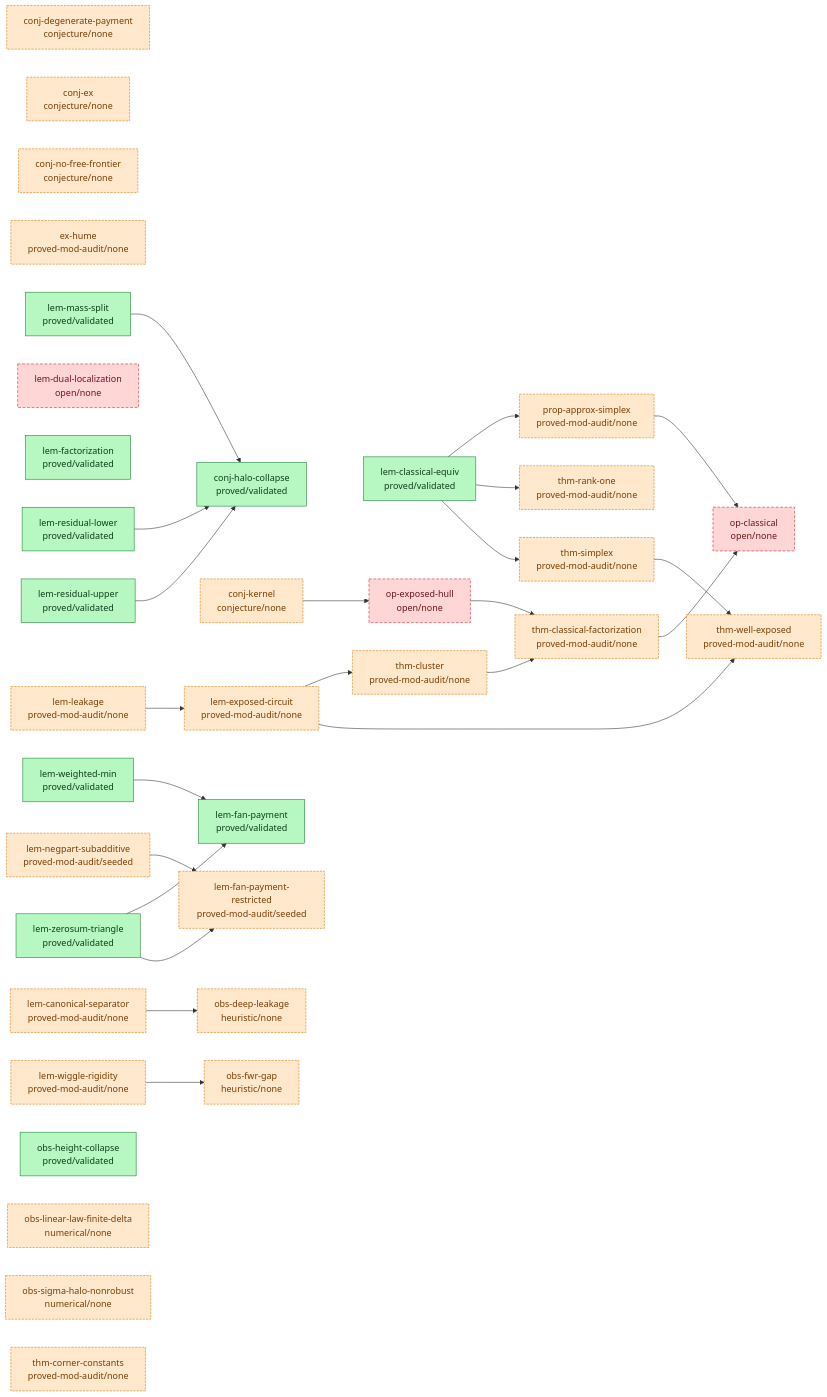
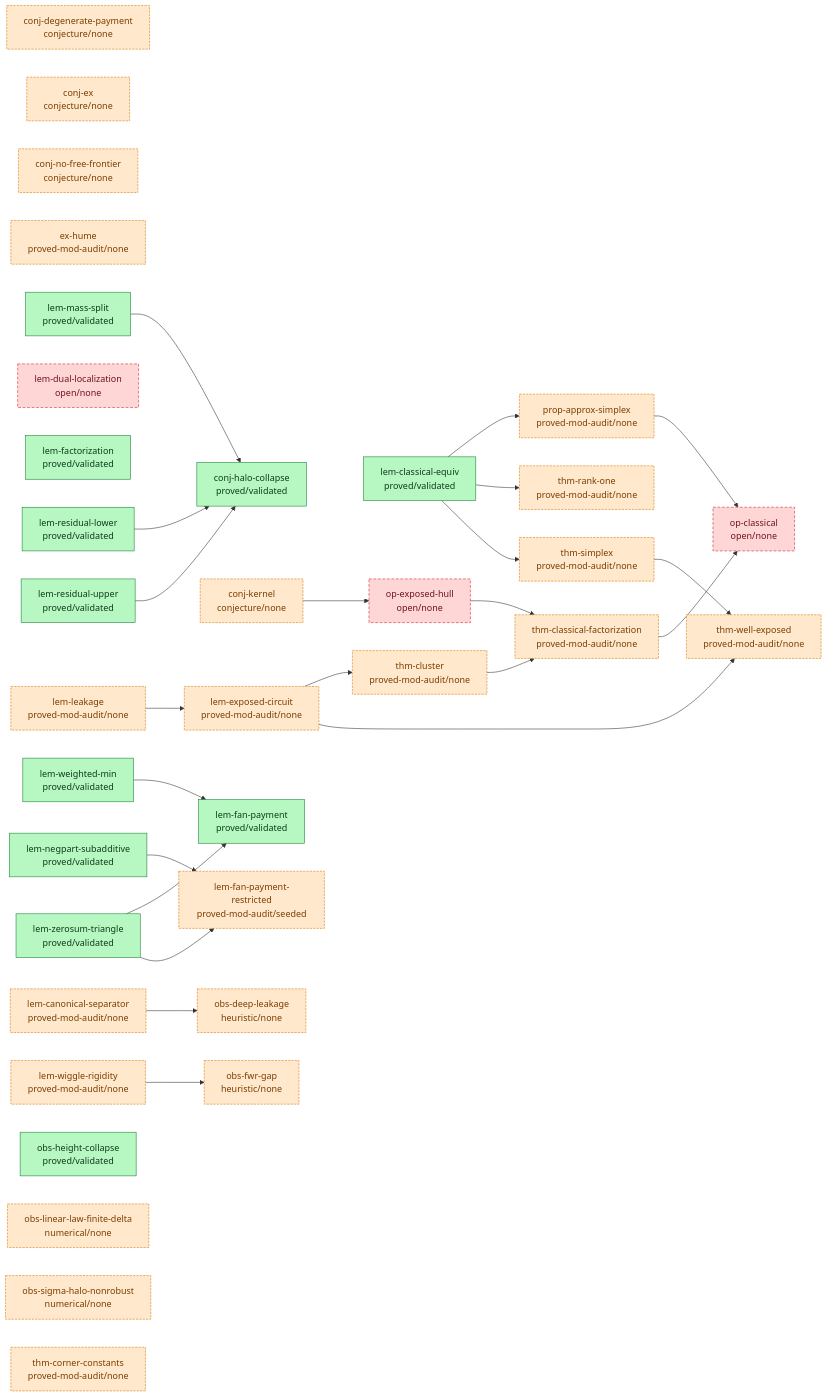
Before and after one commit to tobiasosborne/almost-idempotent-stochastic-maps: the diagram in argument/DAG.md, drawn with Mermaid. The commit also changed 96 other files, not shown here.

First line of the commit message:
Bank lem-negpart-subadditive: af-validated (11th rigorous result; DRF dep)

````diff
--- a/argument/DAG.md
+++ b/argument/DAG.md
@@ -6,69 +6,69 @@
 ```mermaid
 graph LR
   classDef validated fill:#b7f7c2,stroke:#1a7f37,color:#0b3d18;
   classDef proved fill:#cfe3ff,stroke:#0969da,color:#0a3069;
   classDef seeded fill:#fff3c4,stroke:#bf8700,color:#5a4500;
   classDef stated fill:#eaecef,stroke:#8b949e,color:#24292f;
   classDef cited fill:#e7d6ff,stroke:#8250df,color:#3b1a73;
   classDef nonrigorous fill:#ffe8cc,stroke:#d97706,color:#7a3d00,stroke-dasharray:4 2;
   classDef open fill:#ffd6d6,stroke:#cf222e,color:#6e1119,stroke-dasharray:5 3;
   conj-degenerate-payment["conj-degenerate-payment<br/>conjecture/none"]
   conj-ex["conj-ex<br/>conjecture/none"]
   conj-halo-collapse["conj-halo-collapse<br/>proved/validated"]
   conj-kernel["conj-kernel<br/>conjecture/none"]
   conj-no-free-frontier["conj-no-free-frontier<br/>conjecture/none"]
   ex-hume["ex-hume<br/>proved-mod-audit/none"]
   lem-canonical-separator["lem-canonical-separator<br/>proved-mod-audit/none"]
   lem-classical-equiv["lem-classical-equiv<br/>proved/validated"]
   lem-dual-localization["lem-dual-localization<br/>open/none"]
   lem-exposed-circuit["lem-exposed-circuit<br/>proved-mod-audit/none"]
   lem-factorization["lem-factorization<br/>proved/validated"]
   lem-fan-payment["lem-fan-payment<br/>proved/validated"]
   lem-fan-payment-restricted["lem-fan-payment-restricted<br/>proved-mod-audit/seeded"]
   lem-leakage["lem-leakage<br/>proved-mod-audit/none"]
   lem-mass-split["lem-mass-split<br/>proved/validated"]
-  lem-negpart-subadditive["lem-negpart-subadditive<br/>proved-mod-audit/seeded"]
+  lem-negpart-subadditive["lem-negpart-subadditive<br/>proved/validated"]
   lem-residual-lower["lem-residual-lower<br/>proved/validated"]
   lem-residual-upper["lem-residual-upper<br/>proved/validated"]
   lem-weighted-min["lem-weighted-min<br/>proved/validated"]
   lem-wiggle-rigidity["lem-wiggle-rigidity<br/>proved-mod-audit/none"]
   lem-zerosum-triangle["lem-zerosum-triangle<br/>proved/validated"]
   obs-deep-leakage["obs-deep-leakage<br/>heuristic/none"]
   obs-fwr-gap["obs-fwr-gap<br/>heuristic/none"]
   obs-height-collapse["obs-height-collapse<br/>proved/validated"]
   obs-linear-law-finite-delta["obs-linear-law-finite-delta<br/>numerical/none"]
   obs-sigma-halo-nonrobust["obs-sigma-halo-nonrobust<br/>numerical/none"]
   op-classical["op-classical<br/>open/none"]
   op-exposed-hull["op-exposed-hull<br/>open/none"]
   prop-approx-simplex["prop-approx-simplex<br/>proved-mod-audit/none"]
   thm-classical-factorization["thm-classical-factorization<br/>proved-mod-audit/none"]
   thm-cluster["thm-cluster<br/>proved-mod-audit/none"]
   thm-corner-constants["thm-corner-constants<br/>proved-mod-audit/none"]
   thm-rank-one["thm-rank-one<br/>proved-mod-audit/none"]
   thm-simplex["thm-simplex<br/>proved-mod-audit/none"]
   thm-well-exposed["thm-well-exposed<br/>proved-mod-audit/none"]
   conj-kernel --> op-exposed-hull
   lem-canonical-separator --> obs-deep-leakage
   lem-classical-equiv --> prop-approx-simplex
   lem-classical-equiv --> thm-rank-one
   lem-classical-equiv --> thm-simplex
   lem-exposed-circuit --> thm-cluster
   lem-exposed-circuit --> thm-well-exposed
   lem-leakage --> lem-exposed-circuit
   lem-mass-split --> conj-halo-collapse
   lem-negpart-subadditive --> lem-fan-payment-restricted
   lem-residual-lower --> conj-halo-collapse
   lem-residual-upper --> conj-halo-collapse
   lem-weighted-min --> lem-fan-payment
   lem-wiggle-rigidity --> obs-fwr-gap
   lem-zerosum-triangle --> lem-fan-payment
   lem-zerosum-triangle --> lem-fan-payment-restricted
   op-exposed-hull --> thm-classical-factorization
   prop-approx-simplex --> op-classical
   thm-classical-factorization --> op-classical
   thm-cluster --> thm-classical-factorization
   thm-simplex --> thm-well-exposed
-  class conj-halo-collapse,lem-classical-equiv,lem-factorization,lem-fan-payment,lem-mass-split,lem-residual-lower,lem-residual-upper,lem-weighted-min,lem-zerosum-triangle,obs-height-collapse validated;
-  class conj-degenerate-payment,conj-ex,conj-kernel,conj-no-free-frontier,ex-hume,lem-canonical-separator,lem-exposed-circuit,lem-fan-payment-restricted,lem-leakage,lem-negpart-subadditive,lem-wiggle-rigidity,obs-deep-leakage,obs-fwr-gap,obs-linear-law-finite-delta,obs-sigma-halo-nonrobust,prop-approx-simplex,thm-classical-factorization,thm-cluster,thm-corner-constants,thm-rank-one,thm-simplex,thm-well-exposed nonrigorous;
+  class conj-halo-collapse,lem-classical-equiv,lem-factorization,lem-fan-payment,lem-mass-split,lem-negpart-subadditive,lem-residual-lower,lem-residual-upper,lem-weighted-min,lem-zerosum-triangle,obs-height-collapse validated;
+  class conj-degenerate-payment,conj-ex,conj-kernel,conj-no-free-frontier,ex-hume,lem-canonical-separator,lem-exposed-circuit,lem-fan-payment-restricted,lem-leakage,lem-wiggle-rigidity,obs-deep-leakage,obs-fwr-gap,obs-linear-law-finite-delta,obs-sigma-halo-nonrobust,prop-approx-simplex,thm-classical-factorization,thm-cluster,thm-corner-constants,thm-rank-one,thm-simplex,thm-well-exposed nonrigorous;
   class lem-dual-localization,op-classical,op-exposed-hull open;
 ```
````
